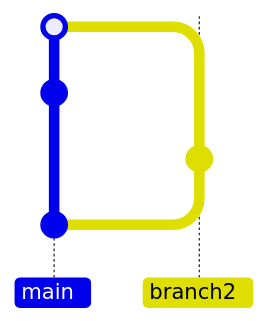
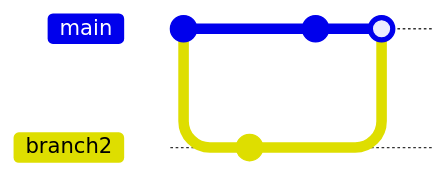
Before and after one commit to JakeSteam/Mermaid: the tenth of 10 diagrams in readme.md, drawn with Mermaid. The commit also changed other lines of this file, not shown here. Commit ids are hidden.

````diff
--- a/readme.md
+++ b/readme.md
@@ -261,10 +261,10 @@
 ```mermaid
-gitGraph BT:
+gitGraph:
     commit
     branch branch2
     checkout branch2
     commit
     checkout main
     commit
     merge branch2
 ```
````
